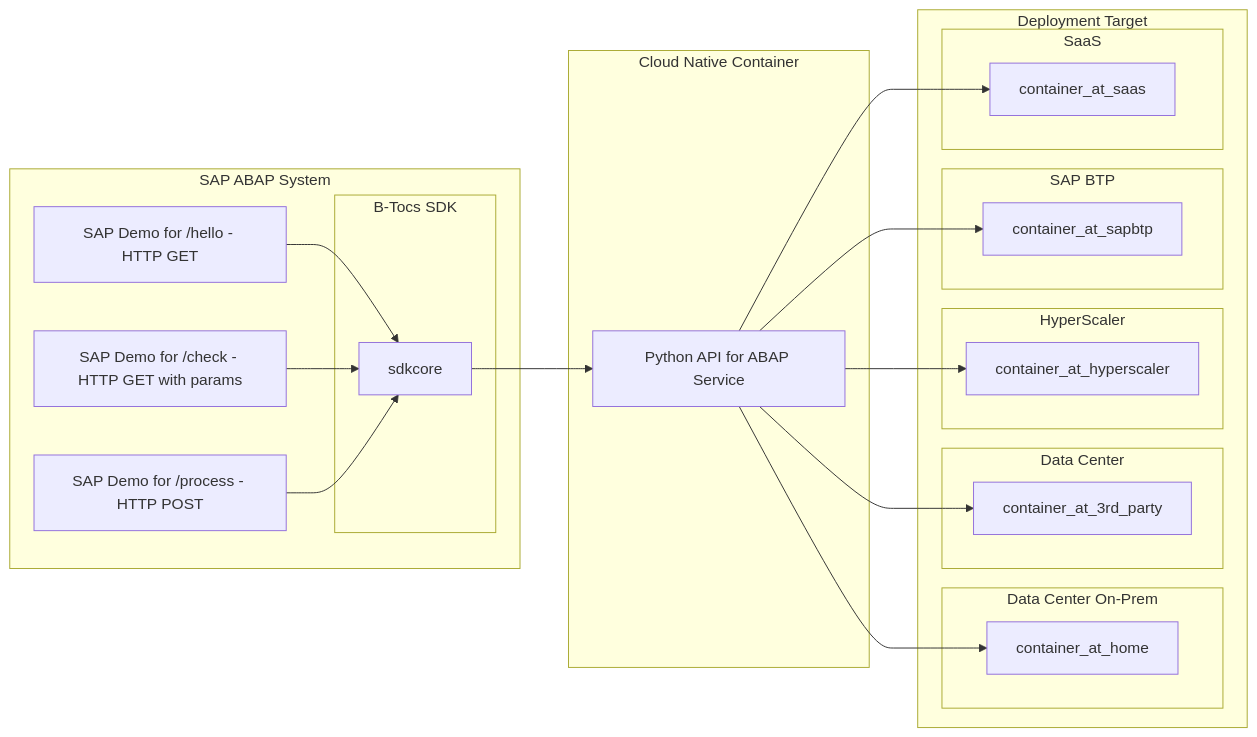
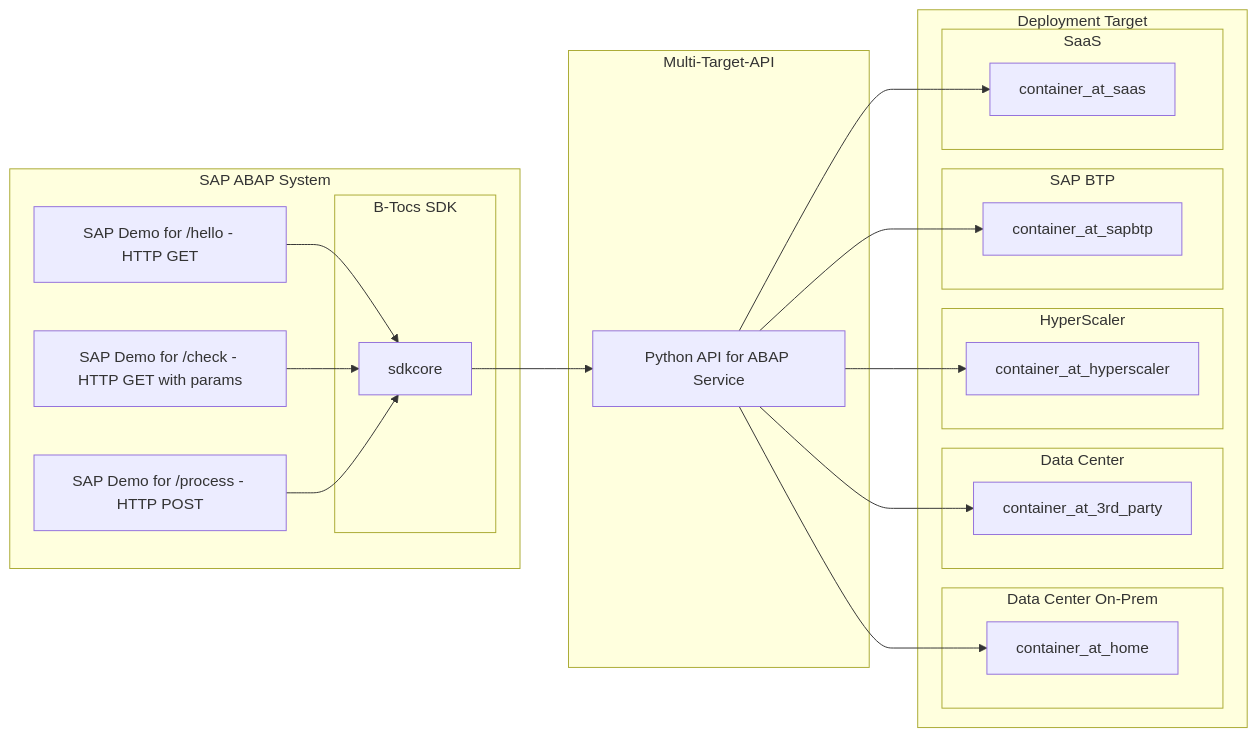
The diagram in README.md (b-tocs/pyapi4abap), drawn with Mermaid before and after one commit. The commit also changed other lines of this file, not shown here.

````diff
--- a/README.md
+++ b/README.md
@@ -8,48 +14,48 @@
 ```mermaid
 flowchart LR
-    subgraph cloud-native-container["Cloud Native Container"]
+    subgraph cloud-native-container["Multi-Target-API"]
         pyapi4abap["Python API for ABAP Service"]
 
     end
 
     subgraph sap["SAP ABAP System"]
         sap_hello["SAP Demo for /hello - HTTP GET"]
         sap_check["SAP Demo for /check - HTTP GET with params"]
         sap_process[SAP Demo for /process - HTTP POST]
        
         subgraph sdk["B-Tocs SDK"]
             sdkcore-->pyapi4abap
         end
        
         sap_hello-->sdkcore
         sap_check-->sdkcore
         sap_process-->sdkcore
     end
 
  
 
     subgraph cloud-native-world["Deployment Target"]
         subgraph onpremise["Data Center On-Prem"]
             container_at_home
         end
         subgraph datacenter["Data Center"]
             container_at_3rd_party
         end
         subgraph hyperscaler["HyperScaler"]
             container_at_hyperscaler
         end
         subgraph sapbtp["SAP BTP"]
             container_at_sapbtp
         end
         subgraph saas["SaaS"]
             container_at_saas
         end
     end
 
     pyapi4abap --> container_at_home    
     pyapi4abap --> container_at_3rd_party
     pyapi4abap --> container_at_hyperscaler    
     pyapi4abap --> container_at_sapbtp
     pyapi4abap --> container_at_saas
 
 ```
````
